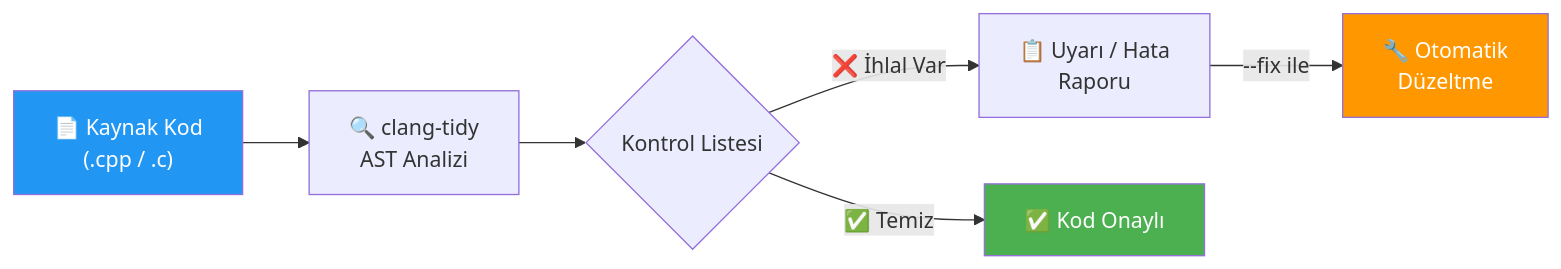
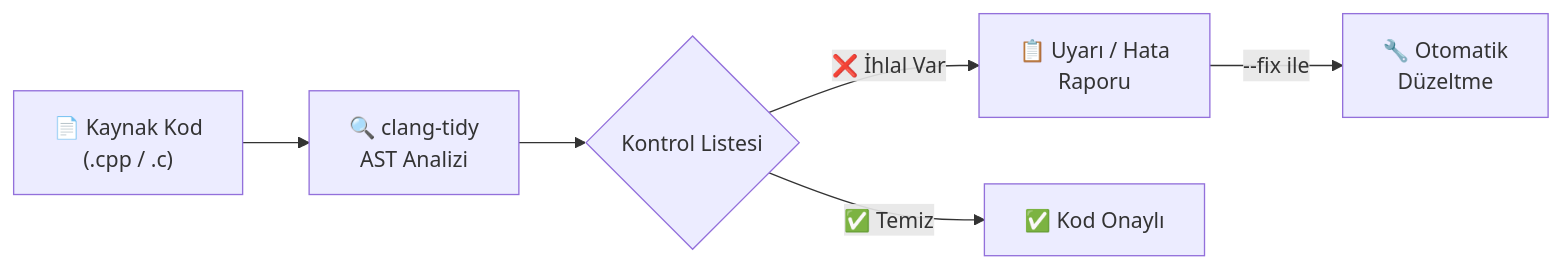
One commit to serkanMzlm/MechatronicsNotebook changed the fourth of 4 diagrams in tech_notebook/docs/md/programming/compiler.md. Above: the diagram before and after it, drawn with Mermaid. The commit also changed other lines of this file and 2 other files, not shown here.

````diff
--- a/tech_notebook/docs/md/programming/compiler.md
+++ b/tech_notebook/docs/md/programming/compiler.md
@@ -639,12 +474,8 @@
 ```mermaid
 graph LR
     A["📄 Kaynak Kod\n(.cpp / .c)"] --> B["🔍 clang-tidy\nAST Analizi"]
     B --> C{Kontrol Listesi}
     C -->|"❌ İhlal Var"| D["📋 Uyarı / Hata\nRaporu"]
     C -->|"✅ Temiz"| E["✅ Kod Onaylı"]
     D -->|"--fix ile"| F["🔧 Otomatik\nDüzeltme"]
-
-    style A fill:#2196F3,color:#fff
-    style E fill:#4CAF50,color:#fff
-    style F fill:#FF9800,color:#fff
 ```
````
